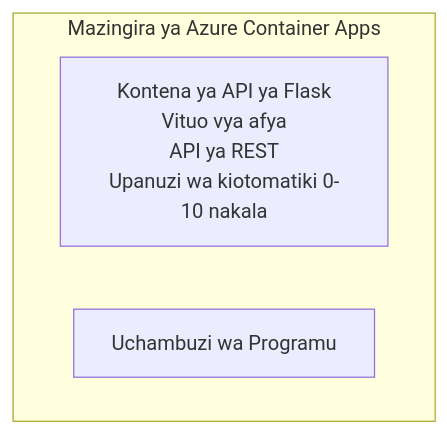
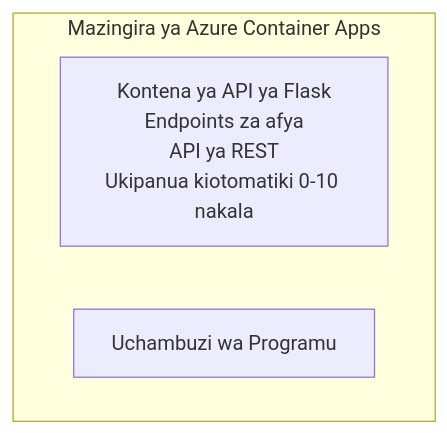
The diagram in translations/sw/examples/container-app/simple-flask-api/README.md (microsoft/AZD-for-beginners), drawn with Mermaid before and after one commit. The commit also changed other lines of this file and 104 other files, not shown here.

````diff
--- a/translations/sw/examples/container-app/simple-flask-api/README.md
+++ b/translations/sw/examples/container-app/simple-flask-api/README.md
@@ -26,7 +26,7 @@
 ```mermaid
 graph TD
     subgraph ACA[Mazingira ya Azure Container Apps]
-        Flask[Kontena ya API ya Flask<br/>Vituo vya afya<br/>API ya REST<br/>Upanuzi wa kiotomatiki 0-10 nakala]
+        Flask[Kontena ya API ya Flask<br/>Endpoints za afya<br/>API ya REST<br/>Ukipanua kiotomatiki 0-10 nakala]
         AppInsights[Uchambuzi wa Programu]
     end
 ```
````
